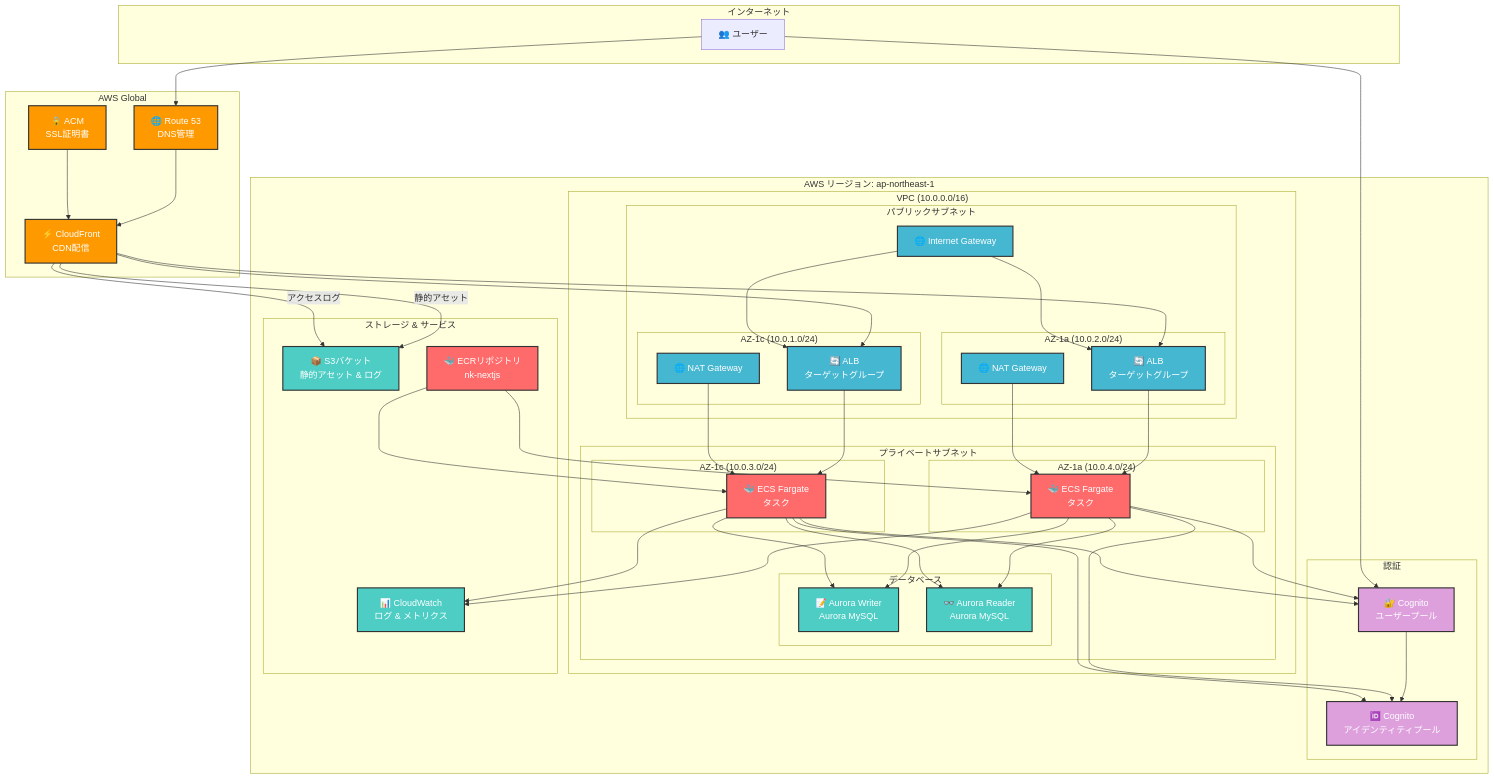
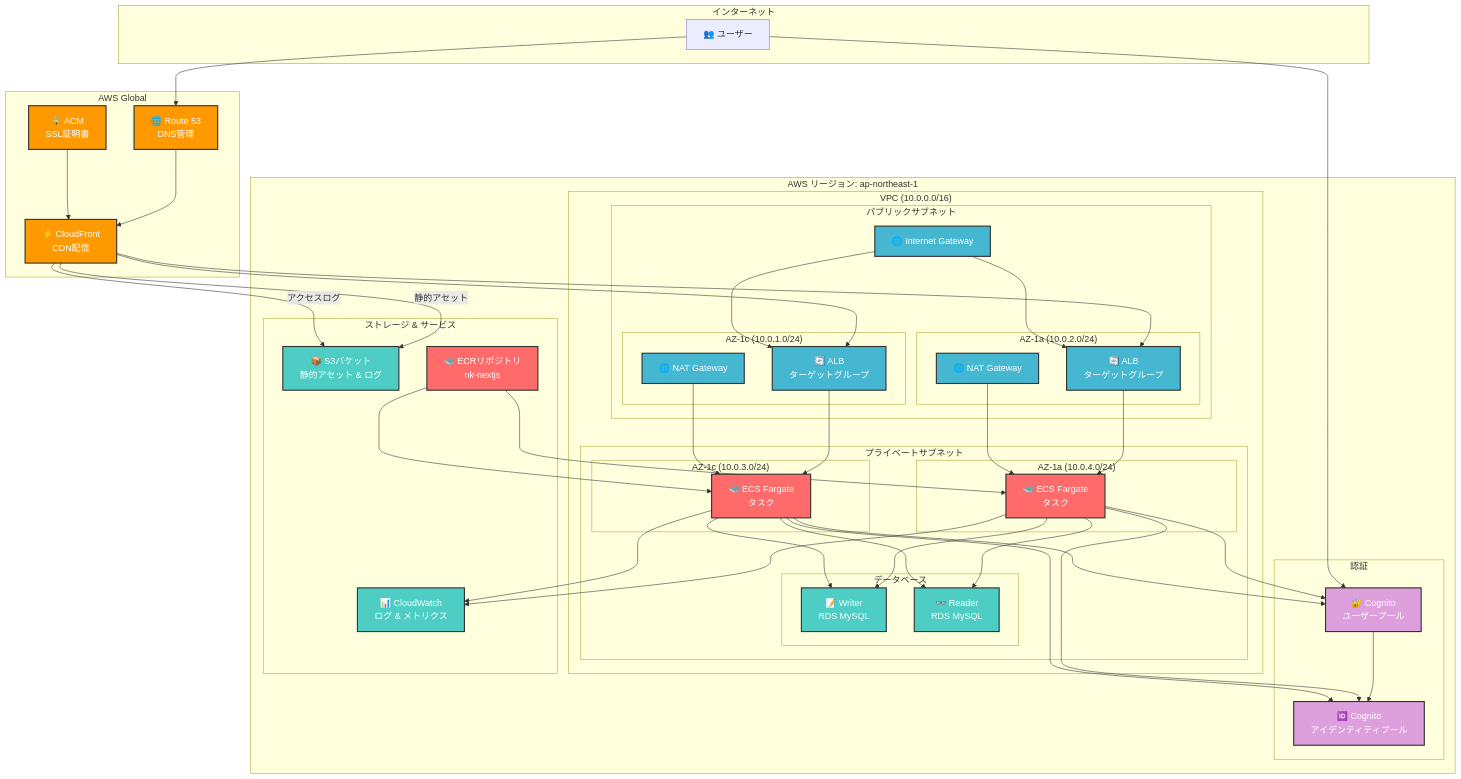
Before and after one commit to IsCaster/nk-doc: the first of 3 diagrams in README.md, drawn with Mermaid. The commit also changed other lines of this file, not shown here.

````diff
--- a/README.md
+++ b/README.md
@@ -28,7 +28,7 @@
     end
 
     subgraph "AWS リージョン: ap-northeast-1"
-        subgraph "VPC (10.0.0.0/16)"
+    subgraph "VPC (10.0.0.0/16)"
             subgraph "パブリックサブネット"
                 subgraph "AZ-1a (10.0.2.0/24)"
                     ALB1["🔄 ALB<br/>ターゲットグループ"]
@@ -54,8 +54,8 @@
 
                 %% データベース
                 subgraph "データベース"
-                    AuroraWriter["📝 Aurora Writer<br/>Aurora MySQL"]
-                    AuroraReader["👓 Aurora Reader<br/>Aurora MySQL"]
+                    Writer["📝 Writer<br/>RDS MySQL"]
+                    Reader["👓 Reader<br/>RDS MySQL"]
                 end
             end
         end
@@ -98,10 +98,10 @@
     ECS2 --> CognitoIdentityPool
 
     %% ECSからデータベース
-    ECS1 --> AuroraWriter
-    ECS1 --> AuroraReader
-    ECS2 --> AuroraWriter
-    ECS2 --> AuroraReader
+    ECS1 --> Writer
+    ECS1 --> Reader
+    ECS2 --> Writer
+    ECS2 --> Reader
 
     %% ネットワーキング
     IGW --> ALB1
@@ -127,7 +127,7 @@
 
     class Route53,CloudFront,ACM aws
     class ECS1,ECS2,ECR compute
-    class S3Bucket,CloudWatch,AuroraWriter,AuroraReader storage
+    class S3Bucket,CloudWatch,Writer,Reader storage
     class ALB1,ALB2,IGW,NAT1,NAT2 network
     class CognitoUserPool,CognitoIdentityPool auth
 ```
````
